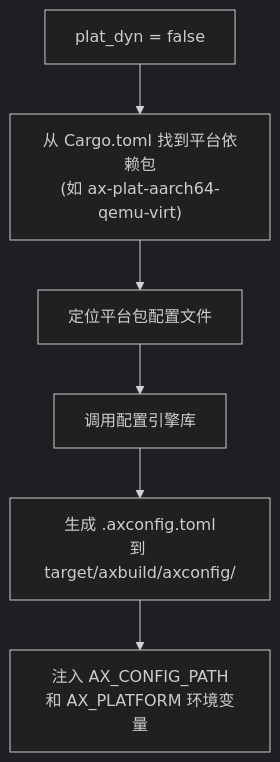
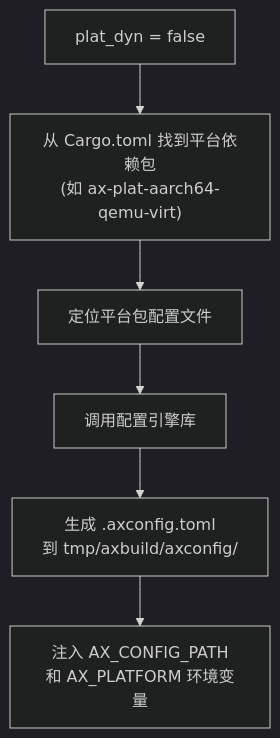
The fifth of 6 diagrams in docs/docs/build/build.md (zKurisu/tgoskits), drawn with Mermaid (dark theme) before and after one commit. The commit also changed other lines of this file and 9 other files, not shown here.

````diff
--- a/docs/docs/build/build.md
+++ b/docs/docs/build/build.md
@@ -123,8 +172,8 @@
 ```mermaid
 flowchart TD
     A["plat_dyn = false"] --> B["从 Cargo.toml 找到平台依赖包<br/>(如 ax-plat-aarch64-qemu-virt)"]
     B --> C["定位平台包配置文件"]
     C --> D["调用配置引擎库"]
-    D --> E["生成 .axconfig.toml<br/>到 target/axbuild/axconfig/"]
+    D --> E["生成 .axconfig.toml<br/>到 tmp/axbuild/axconfig/"]
     E --> F["注入 AX_CONFIG_PATH<br/>和 AX_PLATFORM 环境变量"]
 ```
````
